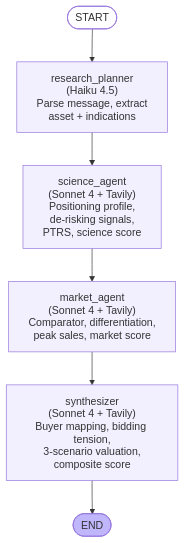
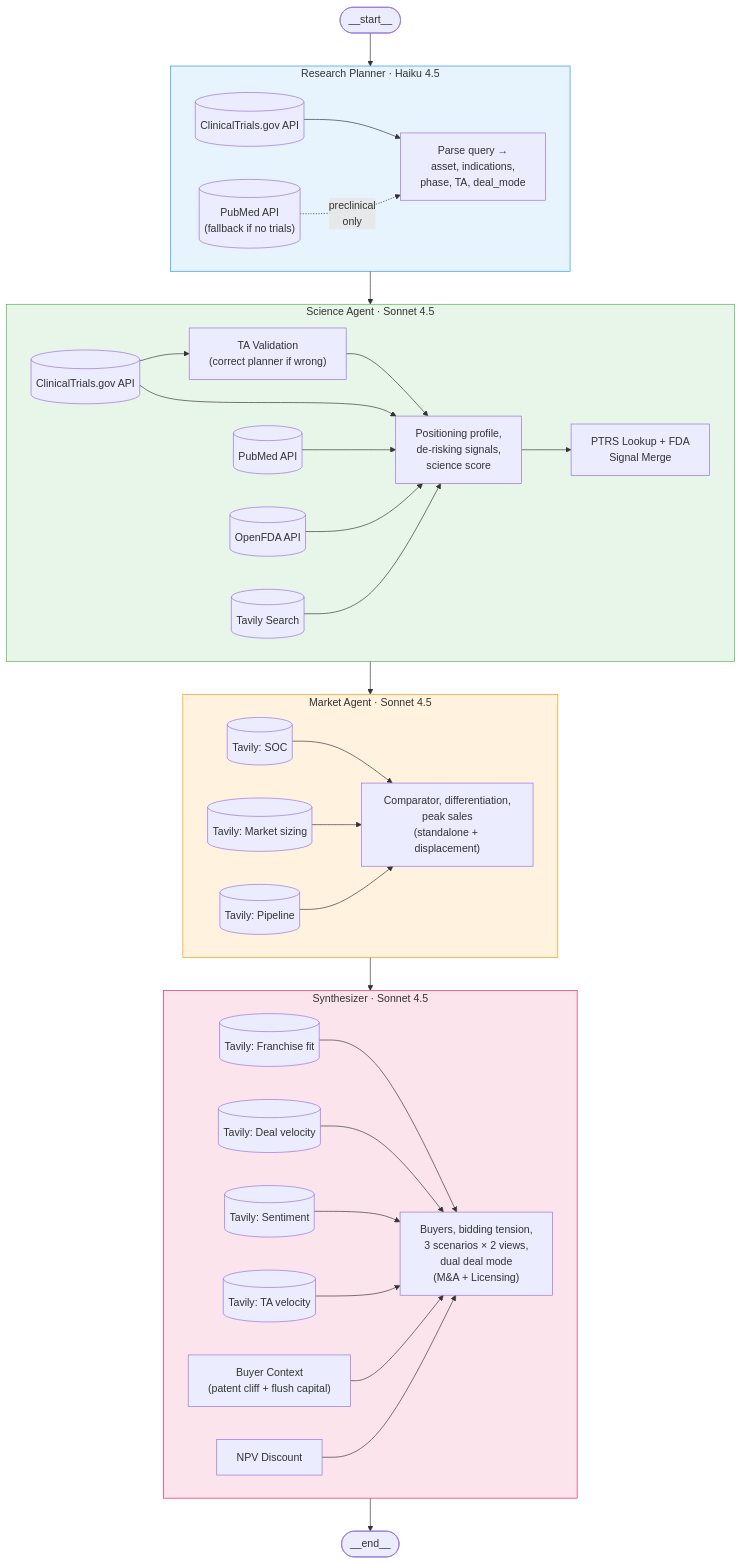
One commit to codingnoodle/lifescience-bd-intelligence changed the first of 3 diagrams in docs/architecture.md. Above: the diagram before and after it, drawn with Mermaid. The commit also changed other lines of this file, not shown here.

First line of the commit message:
Update architecture doc with tools per agent, dual deal modes, state schema

````diff
--- a/docs/architecture.md
+++ b/docs/architecture.md
@@ -19,19 +19,68 @@
 ```mermaid
-graph TD
-    __start__([START]):::first
-    research_planner["research_planner\n(Haiku 4.5)\nParse message, extract\nasset + indications"]
-    science_agent["science_agent\n(Sonnet 4 + Tavily)\nPositioning profile,\nde-risking signals,\nPTRS, science score"]
-    market_agent["market_agent\n(Sonnet 4 + Tavily)\nComparator, differentiation,\npeak sales, market score"]
-    synthesizer["synthesizer\n(Sonnet 4 + Tavily)\nBuyer mapping, bidding tension,\n3-scenario valuation,\ncomposite score"]
-    __end__([END]):::last
+flowchart TD
+    START([__start__]) --> RP
 
-    __start__ --> research_planner
-    research_planner --> science_agent
-    science_agent --> market_agent
-    market_agent --> synthesizer
-    synthesizer --> __end__
+    subgraph RP["Research Planner · Haiku 4.5"]
+        RP_CT[("ClinicalTrials.gov API")]
+        RP_PM[("PubMed API\n(fallback if no trials)")]
+        RP_LLM["Parse query →\nasset, indications,\nphase, TA, deal_mode"]
+        RP_CT --> RP_LLM
+        RP_PM -.->|"preclinical\nonly"| RP_LLM
+    end
 
-    classDef default fill:#f2f0ff,line-height:1.2
-    classDef first fill-opacity:0
-    classDef last fill:#bfb6fc
+    RP --> SA
+
+    subgraph SA["Science Agent · Sonnet 4.5"]
+        SA_CT[("ClinicalTrials.gov API")]
+        SA_PM[("PubMed API")]
+        SA_FDA[("OpenFDA API")]
+        SA_TAV[("Tavily Search")]
+        SA_TA["TA Validation\n(correct planner if wrong)"]
+        SA_PTRS["PTRS Lookup + FDA\nSignal Merge"]
+        SA_LLM["Positioning profile,\nde-risking signals,\nscience score"]
+        SA_CT --> SA_TA
+        SA_TA --> SA_LLM
+        SA_CT --> SA_LLM
+        SA_PM --> SA_LLM
+        SA_FDA --> SA_LLM
+        SA_TAV --> SA_LLM
+        SA_LLM --> SA_PTRS
+    end
+
+    SA --> MA
+
+    subgraph MA["Market Agent · Sonnet 4.5"]
+        MA_T1[("Tavily: SOC")]
+        MA_T2[("Tavily: Market sizing")]
+        MA_T3[("Tavily: Pipeline")]
+        MA_LLM["Comparator, differentiation,\npeak sales\n(standalone + displacement)"]
+        MA_T1 --> MA_LLM
+        MA_T2 --> MA_LLM
+        MA_T3 --> MA_LLM
+    end
+
+    MA --> SY
+
+    subgraph SY["Synthesizer · Sonnet 4.5"]
+        SY_T1[("Tavily: Franchise fit")]
+        SY_T2[("Tavily: Deal velocity")]
+        SY_T3[("Tavily: Sentiment")]
+        SY_T4[("Tavily: TA velocity")]
+        SY_BC["Buyer Context\n(patent cliff + flush capital)"]
+        SY_NPV["NPV Discount"]
+        SY_LLM["Buyers, bidding tension,\n3 scenarios × 2 views,\ndual deal mode\n(M&A + Licensing)"]
+        SY_T1 --> SY_LLM
+        SY_T2 --> SY_LLM
+        SY_T3 --> SY_LLM
+        SY_T4 --> SY_LLM
+        SY_BC --> SY_LLM
+        SY_NPV --> SY_LLM
+    end
+
+    SY --> END([__end__])
+
+    style RP fill:#e8f4fd,stroke:#2196F3
+    style SA fill:#e8f5e9,stroke:#4CAF50
+    style MA fill:#fff3e0,stroke:#FF9800
+    style SY fill:#fce4ec,stroke:#E91E63
 ```
````
